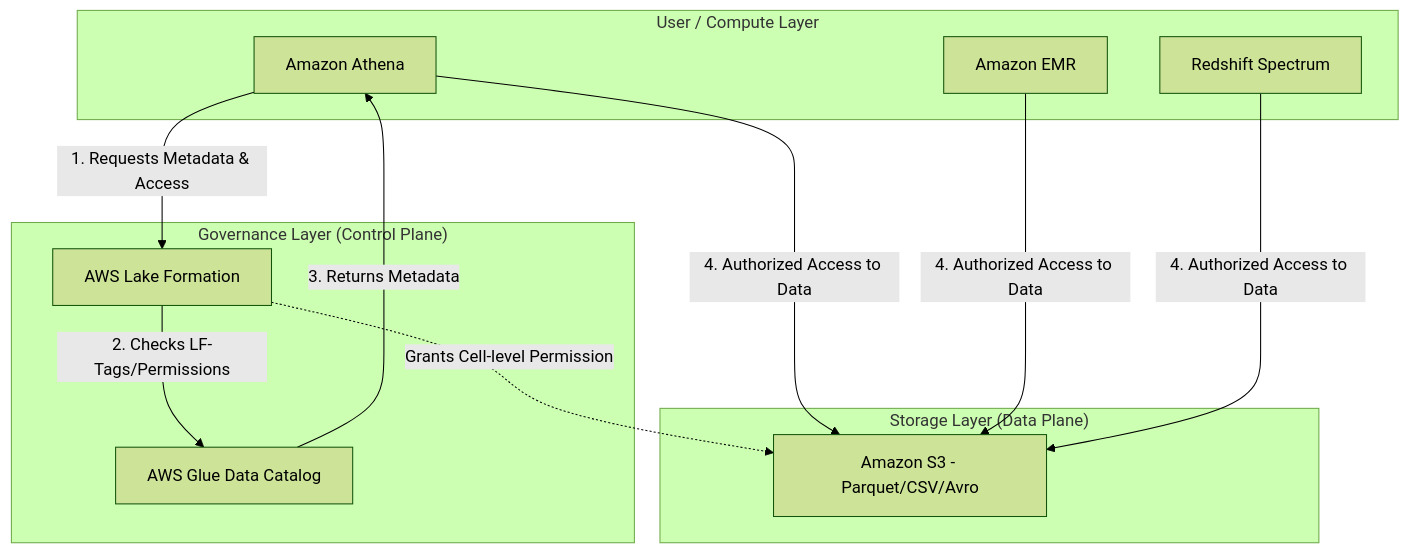
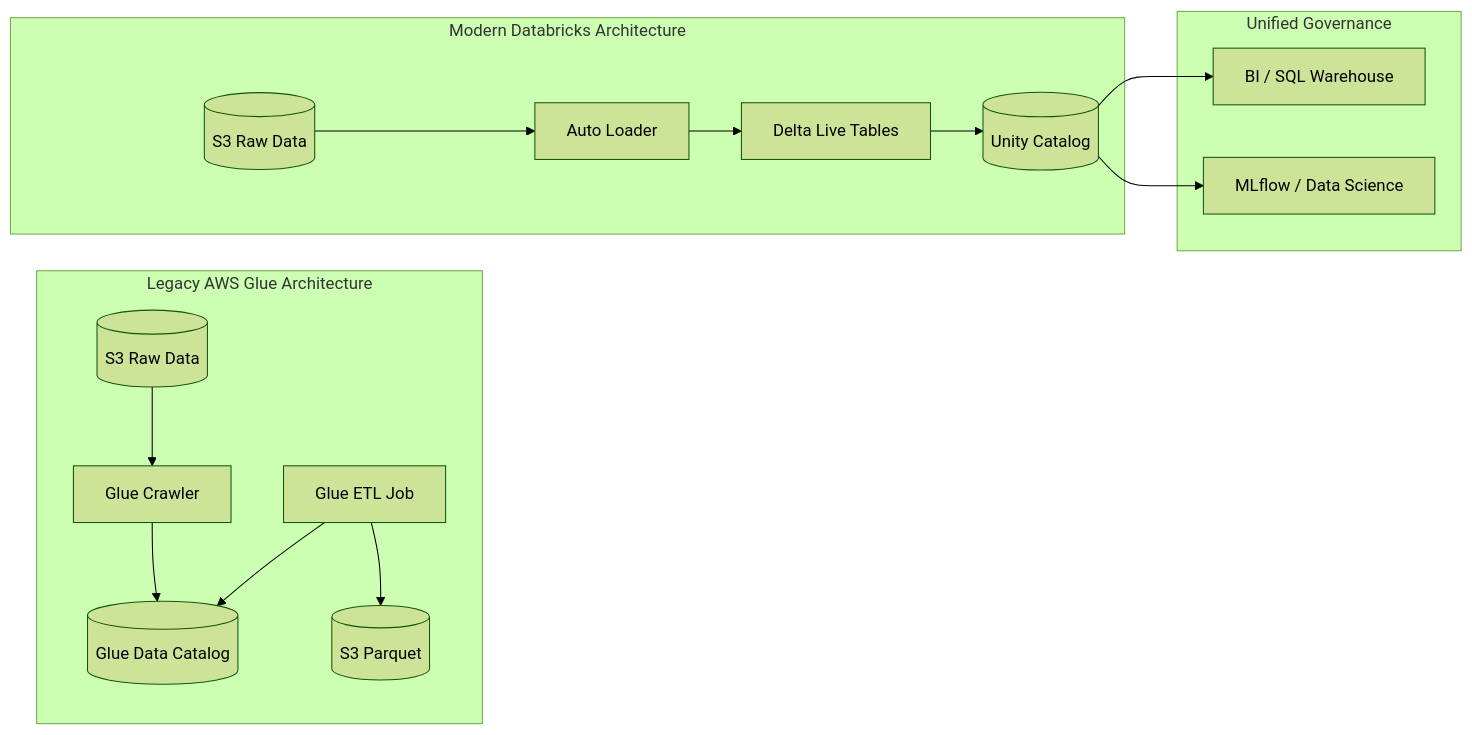
Before and after one commit to DataTechBridge-Projects/databricks-trainer: diagram 12 of 14 in output/complete_course.md, drawn with Mermaid (forest theme). The commit also changed other lines of this file and 33 other files, not shown here.

````diff
--- a/output/complete_course.md
+++ b/output/complete_course.md
@@ -2535,30 +2873,20 @@
 ```mermaid
-graph TD
-    subgraph "User / Compute Layer"
-        Athena[Amazon Athena]
-        EMR[Amazon EMR]
-        Redshift[Redshift Spectrum]
+graph LR
+    subgraph "Legacy AWS Glue Architecture"
+        S3_Raw[(S3 Raw Data)] --> Glue_Crawler[Glue Crawler]
+        Glue_Crawler --> Glue_Catalog[(Glue Data Catalog)]
+        Glue_Job[Glue ETL Job] --> Glue_Catalog
+        Glue_Job --> S3_Transformed[(S3 Parquet)]
     end
 
-    subgraph "Governance Layer (Control Plane)"
-        LF[AWS Lake Formation]
-        GlueCatalog[AWS Glue Data Catalog]
+    subgraph "Modern Databricks Architecture"
+        S3_Raw_New[(S3 Raw Data)] --> AL[Auto Loader]
+        AL --> DL_Tables[Delta Live Tables]
+        DL_Tables --> UC[(Unity Catalog)]
     end
 
-    subgraph "Storage Layer (Data Plane)"
-        S3[Amazon S3 - Parquet/CSV/Avro]
+    subgraph "Unified Governance"
+        UC --> BI[BI / SQL Warehouse]
+        UC --> ML[MLflow / Data Science]
     end
-
-    %% Flow of Authorization
-    Athena -- 1. Requests Metadata & Access --> LF
-    LF -- 2. Checks LF-Tags/Permissions --> GlueCatalog
-    GlueCatalog -- 3. Returns Metadata --> Athena
-    
-    %% Flow of Data
-    Athena -- 4. Authorized Access to Data --> S3
-    EMR -- 4. Authorized Access to Data --> S3
-    Redshift -- 4. Authorized Access to Data --> S3
-
-    %% Note on permissions
-    LF -.->|Grants Cell-level Permission| S3
 ```
````
